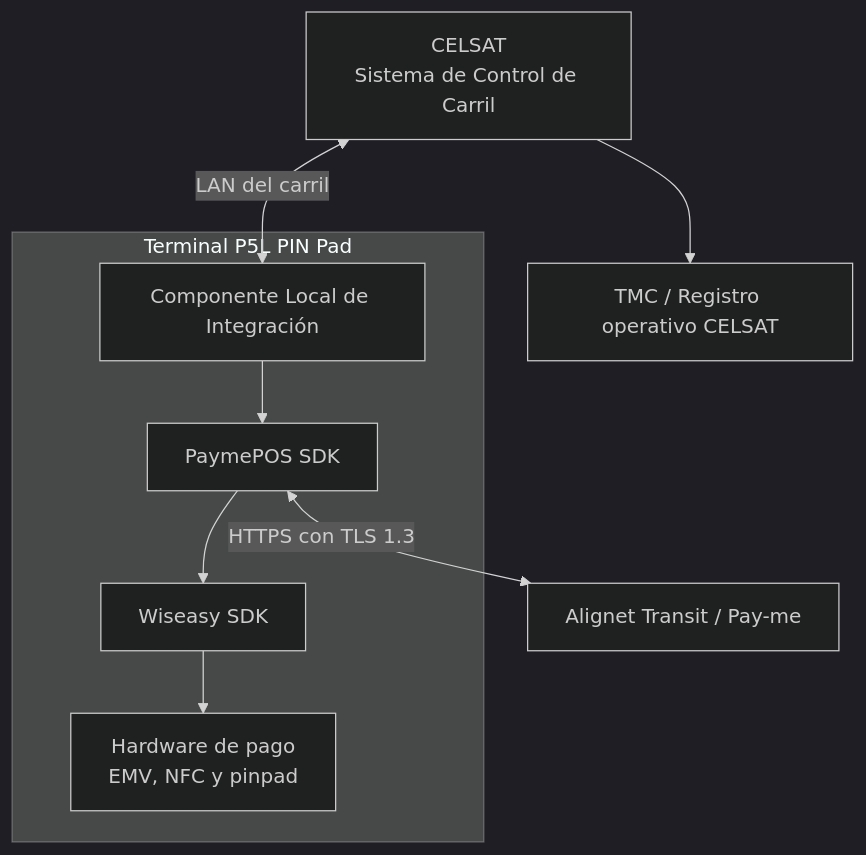
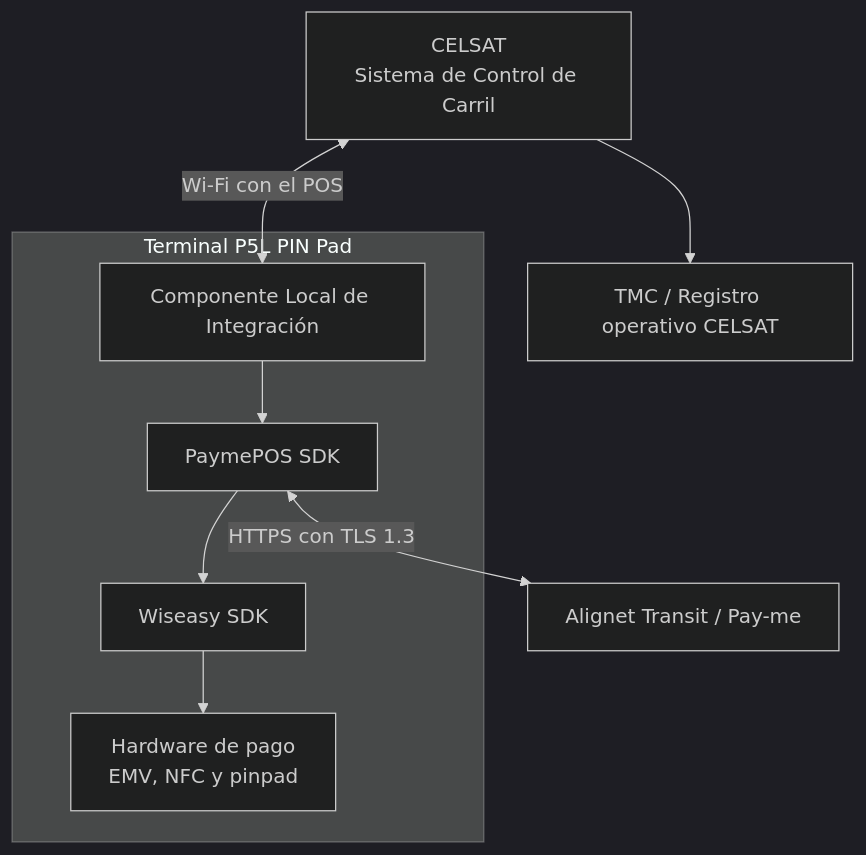
The first of 2 diagrams in procesamiento-fisico/alignet-transit/arquitectura-y-trazabilidad.mdx (alignet-docs/alignet-developers), drawn with Mermaid (dark theme) before and after one commit. The commit also changed other lines of this file and 13 other files, not shown here.

````diff
--- a/procesamiento-fisico/alignet-transit/arquitectura-y-trazabilidad.mdx
+++ b/procesamiento-fisico/alignet-transit/arquitectura-y-trazabilidad.mdx
@@ -9,22 +9,22 @@
 ```mermaid
 flowchart TB
     SCC[CELSAT<br/>Sistema de Control de Carril]
 
     subgraph P5L[Terminal P5L PIN Pad]
         LOCAL[Componente Local de Integración]
         PAYME[PaymePOS SDK]
         WISEASY[Wiseasy SDK]
         HW[Hardware de pago<br/>EMV, NFC y pinpad]
 
         LOCAL --> PAYME
         PAYME --> WISEASY
         WISEASY --> HW
     end
 
     TRANSIT[Alignet Transit / Pay-me]
     TMC[TMC / Registro operativo CELSAT]
 
-    SCC <-->|LAN del carril| LOCAL
+    SCC <-->|Wi-Fi con el POS| LOCAL
     PAYME <-->|HTTPS con TLS 1.3| TRANSIT
     SCC --> TMC
 ```
````
